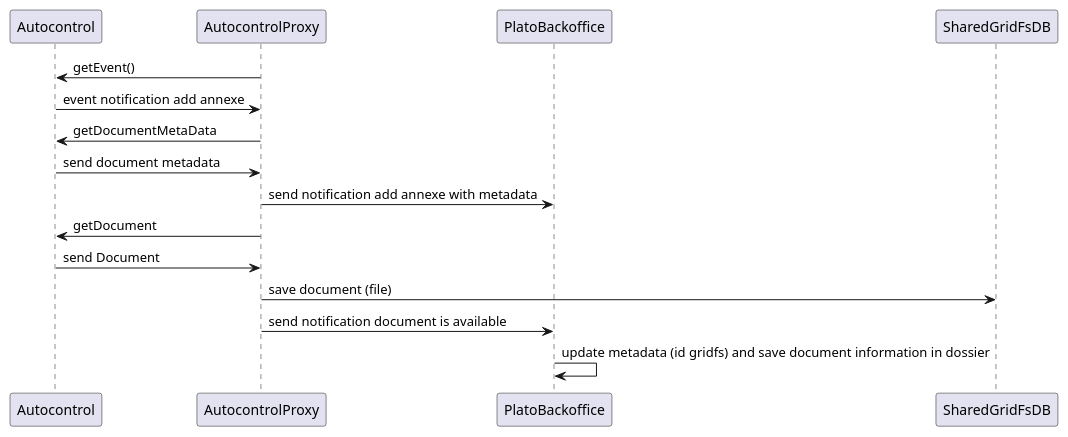
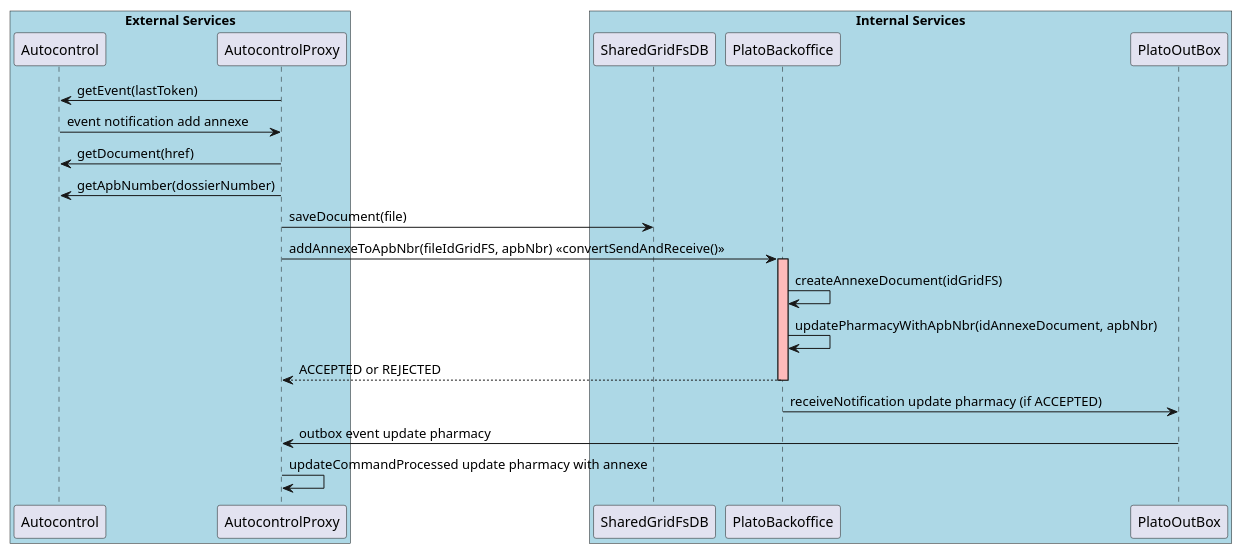
Before and after one commit to jv-it-io/archi-documentation: the diagram in src/docs/asciidoc/architecture/plantuml/annexe_autocontrolToPlato.puml, drawn with PlantUML. The commit also changed 2 other files, not shown here.

Commit message:
Plato diagrams

```diff
--- a/src/docs/asciidoc/architecture/plantuml/annexe_autocontrolToPlato.puml
+++ b/src/docs/asciidoc/architecture/plantuml/annexe_autocontrolToPlato.puml
@@ -1,19 +1,34 @@
 @startuml
-Autocontrol <- AutocontrolProxy: getEvent()
+box "External Services" #LightBlue
+participant Autocontrol
+participant AutocontrolProxy
+end box
+
+box "Internal Services" #LightBlue
+participant SharedGridFsDB
+participant PlatoBackoffice
+participant PlatoOutBox
+end box
+Autocontrol <- AutocontrolProxy: getEvent(lastToken)
 Autocontrol -> AutocontrolProxy: event notification add annexe
+Autocontrol <- AutocontrolProxy: getDocument(href)
+Autocontrol <- AutocontrolProxy: getApbNumber(dossierNumber)
+AutocontrolProxy -> SharedGridFsDB: saveDocument(file)
+AutocontrolProxy -> PlatoBackoffice: addAnnexeToApbNbr(fileIdGridFS, apbNbr) <<convertSendAndReceive()>>
 
-Autocontrol <- AutocontrolProxy: getDocumentMetaData
-Autocontrol -> AutocontrolProxy: send document metadata
-AutocontrolProxy -> PlatoBackoffice: send notification add annexe with metadata
-Autocontrol <- AutocontrolProxy: getDocument
-Autocontrol -> AutocontrolProxy: send Document
+
+activate PlatoBackoffice #FFBBBB
+
+PlatoBackoffice -> PlatoBackoffice: createAnnexeDocument(idGridFS)
+PlatoBackoffice -> PlatoBackoffice: updatePharmacyWithApbNbr(idAnnexeDocument, apbNbr)
+
+return ACCEPTED or REJECTED
+
+PlatoOutBox <- PlatoBackoffice : receiveNotification update pharmacy (if ACCEPTED)
+PlatoOutBox -> AutocontrolProxy: outbox event update pharmacy
+
+AutocontrolProxy -> AutocontrolProxy : updateCommandProcessed update pharmacy with annexe
 
 
 
-AutocontrolProxy -> SharedGridFsDB: save document (file)
-
-AutocontrolProxy -> PlatoBackoffice: send notification document is available
-
-PlatoBackoffice -> PlatoBackoffice: update metadata (id gridfs) and save document information in dossier
-
 @enduml
```
